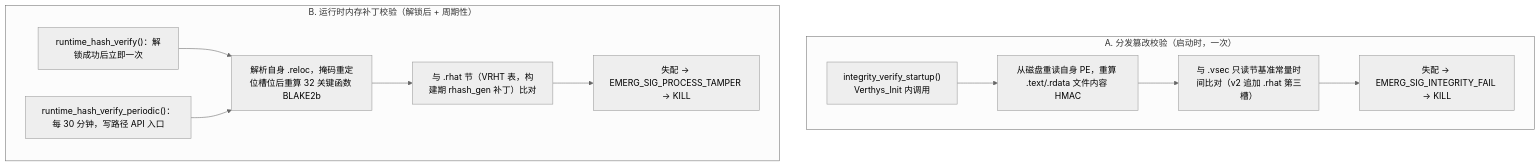
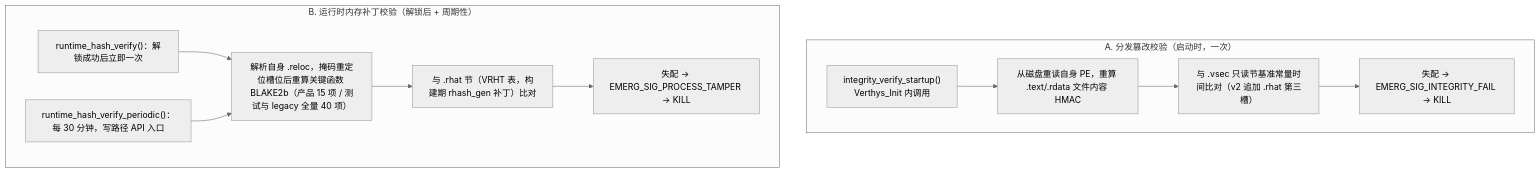
One commit to K1Super/Verthys changed the fourth of 4 diagrams in docs/SECURITY_DESIGN.md. Above: the diagram before and after it, drawn with Mermaid (neutral theme). The commit also changed other lines of this file and 354 other files, not shown here.

````diff
--- a/docs/SECURITY_DESIGN.md
+++ b/docs/SECURITY_DESIGN.md
@@ -133,19 +194,19 @@
 ```mermaid
 flowchart TB
     subgraph A["A. 分发篡改校验（启动时，一次）"]
         A1["integrity_verify_startup()<br/>Verthys_Init 内调用"]
         A2["从磁盘重读自身 PE，重算 .text/.rdata 文件内容 HMAC"]
         A3["与 .vsec 只读节基准常量时间比对（v2 追加 .rhat 第三槽）"]
         A4["失配 → EMERG_SIG_INTEGRITY_FAIL → KILL"]
     end
     subgraph B["B. 运行时内存补丁校验（解锁后 + 周期性）"]
         B1["runtime_hash_verify()：解锁成功后立即一次"]
         B2["runtime_hash_verify_periodic()：每 30 分钟，写路径 API 入口"]
-        B3["解析自身 .reloc，掩码重定位槽位后重算 32 关键函数 BLAKE2b"]
+        B3["解析自身 .reloc，掩码重定位槽位后重算关键函数 BLAKE2b（产品 15 项 / 测试与 legacy 全量 40 项）"]
         B4["与 .rhat 节（VRHT 表，构建期 rhash_gen 补丁）比对"]
         B5["失配 → EMERG_SIG_PROCESS_TAMPER → KILL"]
     end
     A1 --> A2 --> A3 --> A4
     B1 --> B3 --> B4 --> B5
     B2 --> B3
 ```
````
